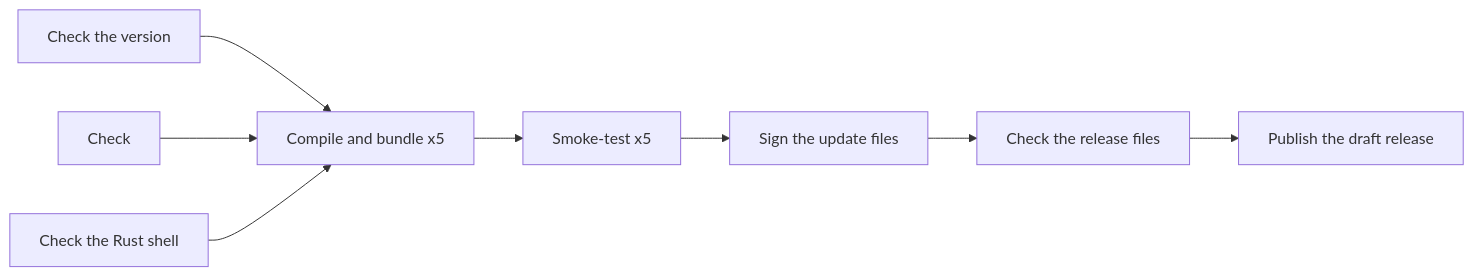
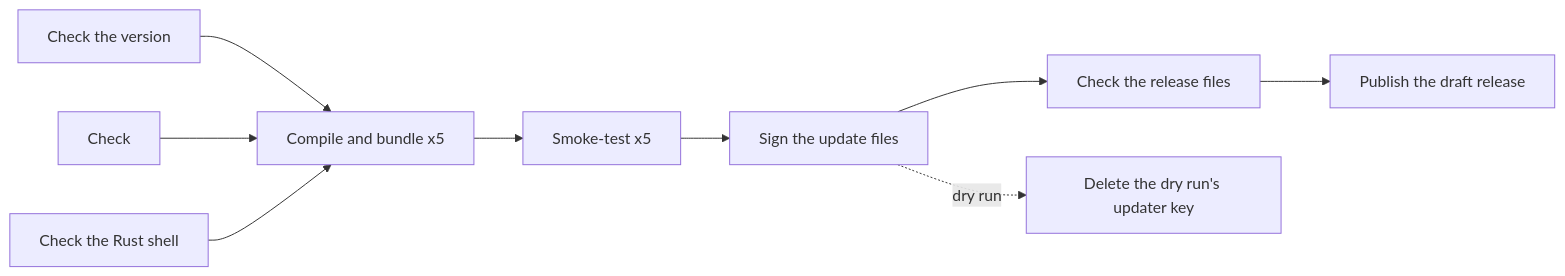
One commit to bchTrackunit/pr-quest changed the diagram in RELEASING.md. Above: the diagram before and after it, drawn with Mermaid. The commit also changed other lines of this file and 1 other file, not shown here.

First line of the commit message:
ci(release): delete the dry run's updater key when the run ends

````diff
--- a/RELEASING.md
+++ b/RELEASING.md
@@ -12,10 +12,11 @@
 ```mermaid
 flowchart LR
   verify["Check the version"] --> build
   check["Check"] --> build
   checkDesktop["Check the Rust shell"] --> build
   build["Compile and bundle x5"] --> smoke["Smoke-test x5"]
   smoke --> signUpdates["Sign the update files"]
   signUpdates --> assets["Check the release files"]
   assets --> publish["Publish the draft release"]
+  signUpdates -. dry run .-> cleanup["Delete the dry run's updater key"]
 ```
````
